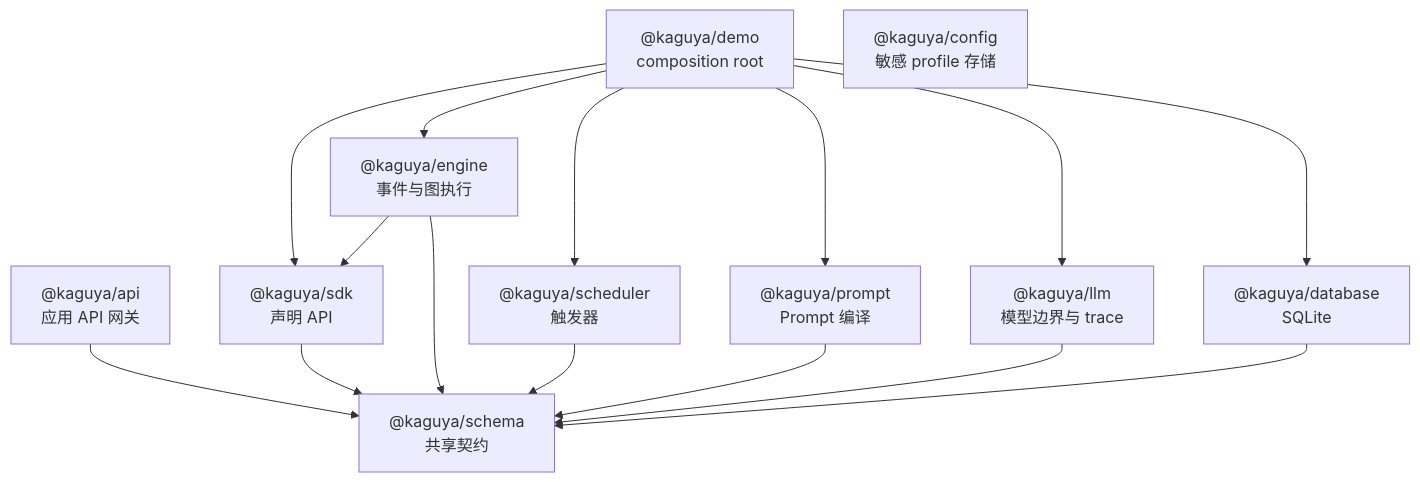
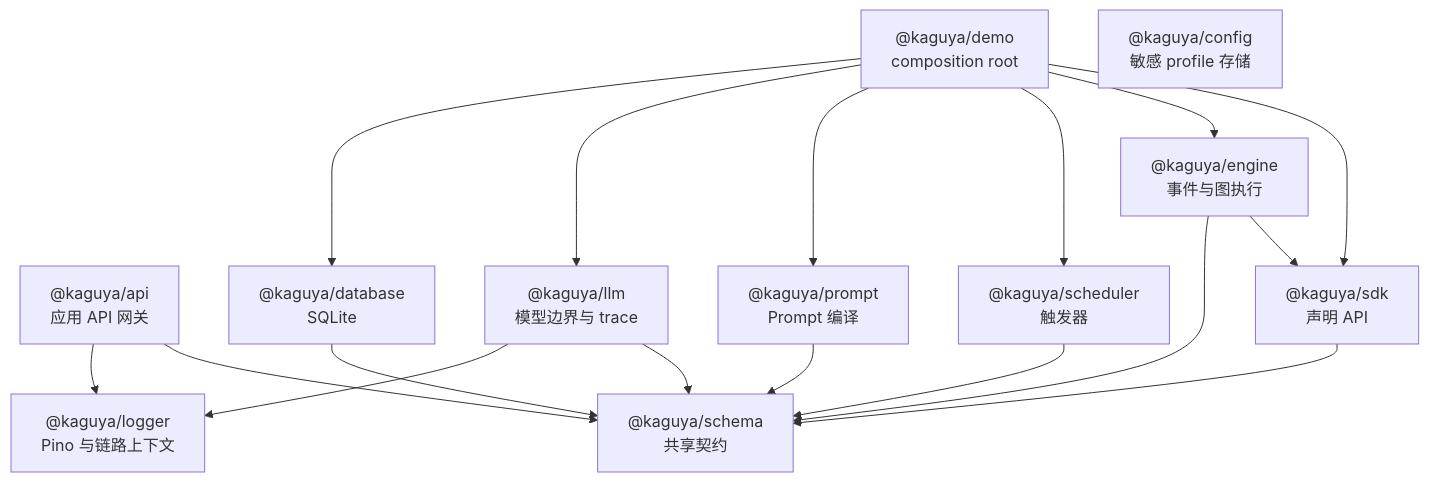
The first of 8 diagrams in docs/architecture.md (posanbu/Kaguya), drawn with Mermaid before and after one commit. The commit also changed other lines of this file and 20 other files, not shown here.

Commit message:
feat(logger): add structured Pino logging

````diff
--- a/docs/architecture.md
+++ b/docs/architecture.md
@@ -25,28 +26,31 @@
 ```mermaid
 flowchart TD
   API["@kaguya/api<br/>应用 API 网关"]
   Demo["@kaguya/demo<br/>composition root"]
   Schema["@kaguya/schema<br/>共享契约"]
   SDK["@kaguya/sdk<br/>声明 API"]
   Engine["@kaguya/engine<br/>事件与图执行"]
   Scheduler["@kaguya/scheduler<br/>触发器"]
   Prompt["@kaguya/prompt<br/>Prompt 编译"]
   LLM["@kaguya/llm<br/>模型边界与 trace"]
   DB["@kaguya/database<br/>SQLite"]
   Config["@kaguya/config<br/>敏感 profile 存储"]
+  Logger["@kaguya/logger<br/>Pino 与链路上下文"]
 
   API --> Schema
+  API --> Logger
   Demo --> SDK
   Demo --> Engine
   Demo --> Scheduler
   Demo --> Prompt
   Demo --> LLM
   Demo --> DB
   SDK --> Schema
   Engine --> SDK
   Engine --> Schema
   Scheduler --> Schema
   Prompt --> Schema
   LLM --> Schema
+  LLM --> Logger
   DB --> Schema
 ```
````
